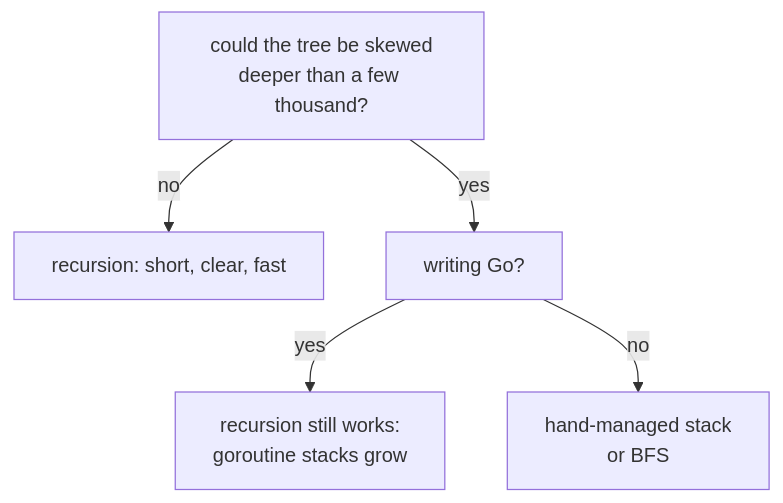
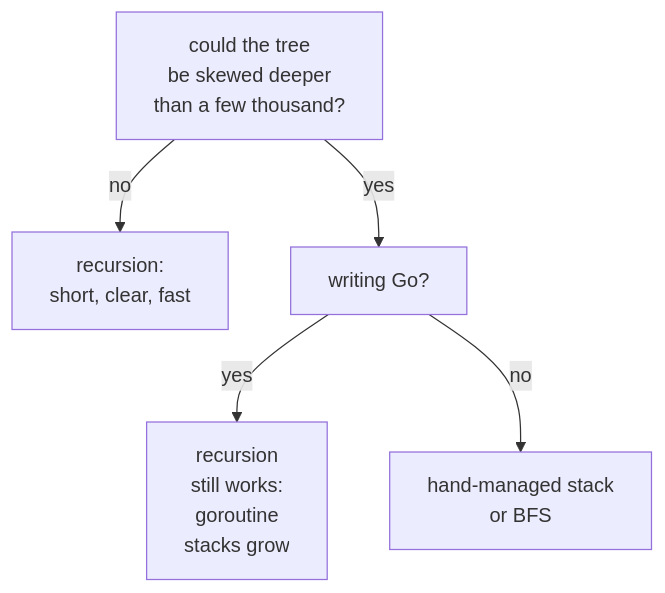
The second of 2 diagrams in content/en/problems/maximum-depth-of-binary-tree.md (duongbui234/software-engineering-atlas), drawn with Mermaid before and after one commit. The commit also changed other lines of this file and 134 other files, not shown here.

First line of the commit message:
Fit every Mermaid diagram at 390px without sideways scroll (#56)

````diff
--- a/content/en/problems/maximum-depth-of-binary-tree.md
+++ b/content/en/problems/maximum-depth-of-binary-tree.md
@@ -161,7 +161,7 @@
 ```mermaid
 flowchart TB
-  Q1["could the tree be skewed<br/>deeper than a few thousand?"] -->|no| A1["recursion: short, clear, fast"]
+  Q1["could the tree<br/>be skewed deeper<br/>than a few thousand?"] -->|no| A1["recursion:<br/>short, clear, fast"]
   Q1 -->|yes| Q2["writing Go?"]
-  Q2 -->|yes| A2["recursion still works:<br/>goroutine stacks grow"]
+  Q2 -->|yes| A2["recursion<br/>still works:<br/>goroutine<br/>stacks grow"]
   Q2 -->|no| A3["hand-managed stack<br/>or BFS"]
 ```
````
